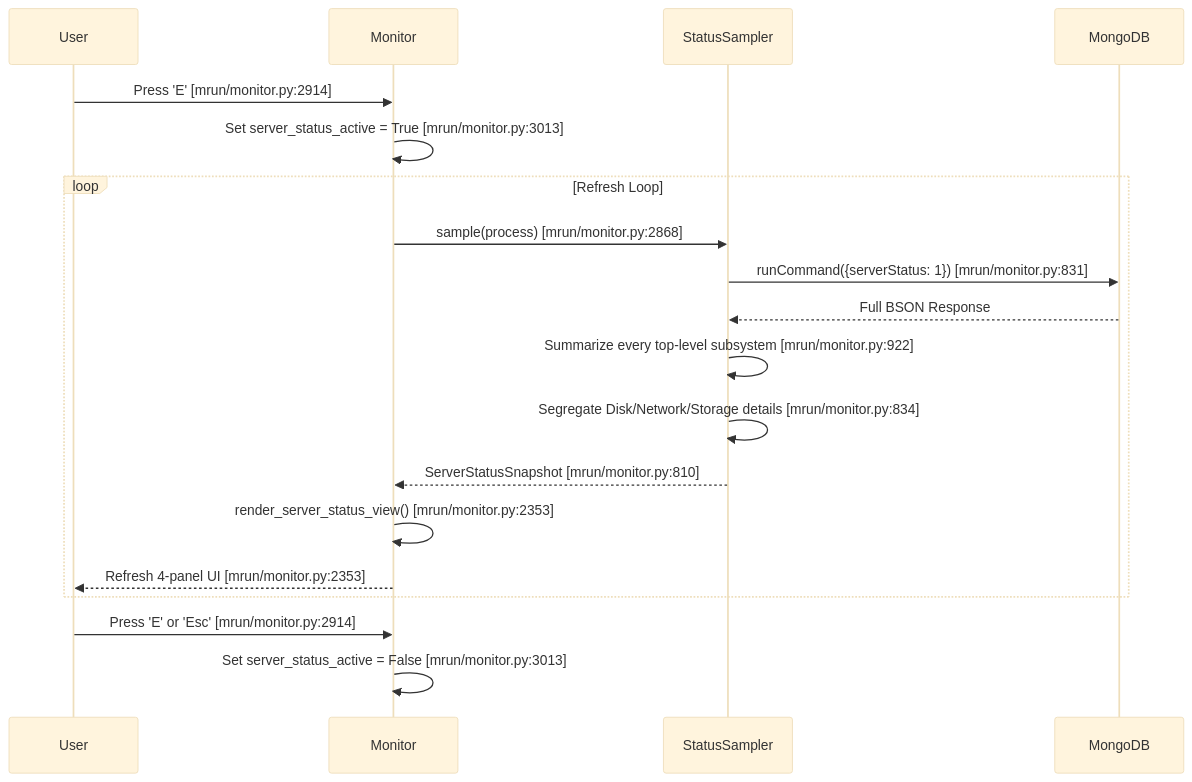
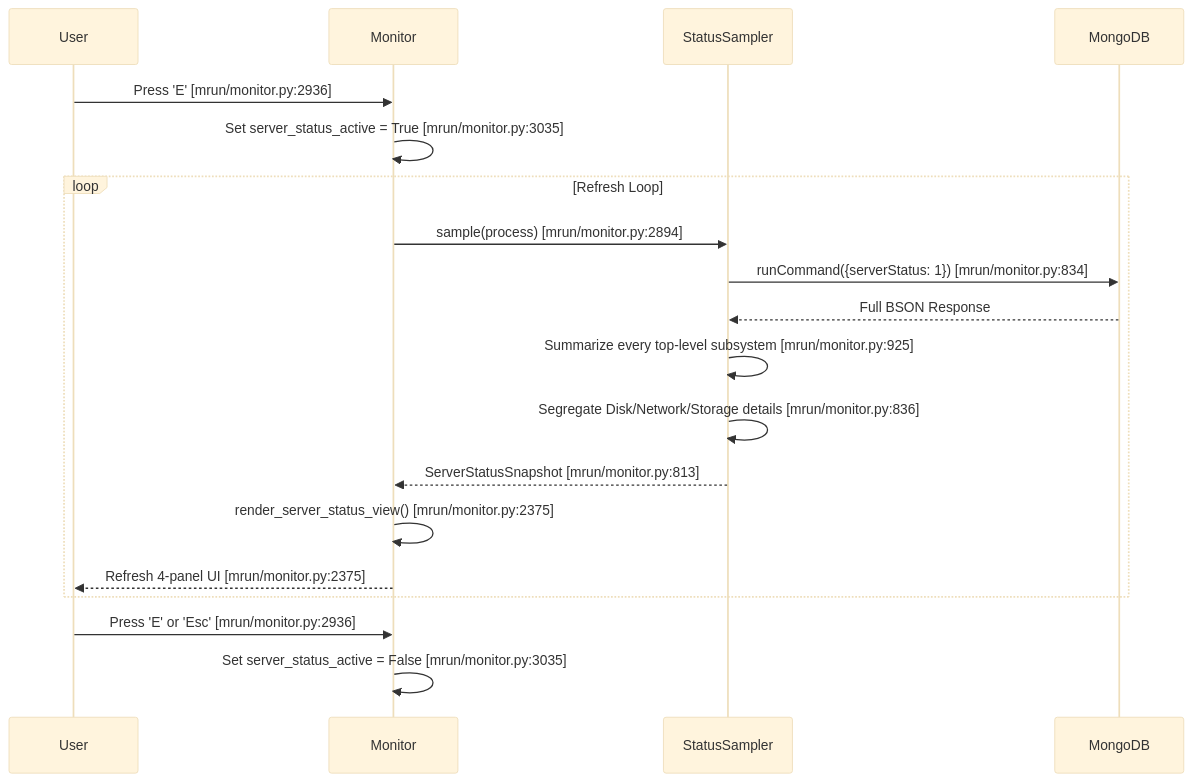
Before and after one commit to mongodb/mlaunch: the fifth of 11 diagrams in doc/feature-monitor-guide.md, drawn with Mermaid (base theme). The commit also changed other lines of this file and 2 other files, not shown here.

````diff
--- a/doc/feature-monitor-guide.md
+++ b/doc/feature-monitor-guide.md
@@ -365,22 +441,22 @@
 ```mermaid
 sequenceDiagram
     participant User
     participant Monitor
     participant StatusSampler
     participant Mongo as MongoDB
 
-    User->>Monitor: Press 'E' [mrun/monitor.py:2914]
-    Monitor->>Monitor: Set server_status_active = True [mrun/monitor.py:3013]
+    User->>Monitor: Press 'E' [mrun/monitor.py:2936]
+    Monitor->>Monitor: Set server_status_active = True [mrun/monitor.py:3035]
     loop Refresh Loop
-        Monitor->>StatusSampler: sample(process) [mrun/monitor.py:2868]
-        StatusSampler->>Mongo: runCommand({serverStatus: 1}) [mrun/monitor.py:831]
+        Monitor->>StatusSampler: sample(process) [mrun/monitor.py:2894]
+        StatusSampler->>Mongo: runCommand({serverStatus: 1}) [mrun/monitor.py:834]
         Mongo-->>StatusSampler: Full BSON Response
-        StatusSampler->>StatusSampler: Summarize every top-level subsystem [mrun/monitor.py:922]
-        StatusSampler->>StatusSampler: Segregate Disk/Network/Storage details [mrun/monitor.py:834]
-        StatusSampler-->>Monitor: ServerStatusSnapshot [mrun/monitor.py:810]
-        Monitor->>Monitor: render_server_status_view() [mrun/monitor.py:2353]
-        Monitor-->>User: Refresh 4-panel UI [mrun/monitor.py:2353]
+        StatusSampler->>StatusSampler: Summarize every top-level subsystem [mrun/monitor.py:925]
+        StatusSampler->>StatusSampler: Segregate Disk/Network/Storage details [mrun/monitor.py:836]
+        StatusSampler-->>Monitor: ServerStatusSnapshot [mrun/monitor.py:813]
+        Monitor->>Monitor: render_server_status_view() [mrun/monitor.py:2375]
+        Monitor-->>User: Refresh 4-panel UI [mrun/monitor.py:2375]
     end
-    User->>Monitor: Press 'E' or 'Esc' [mrun/monitor.py:2914]
-    Monitor->>Monitor: Set server_status_active = False [mrun/monitor.py:3013]
+    User->>Monitor: Press 'E' or 'Esc' [mrun/monitor.py:2936]
+    Monitor->>Monitor: Set server_status_active = False [mrun/monitor.py:3035]
 ```
````
